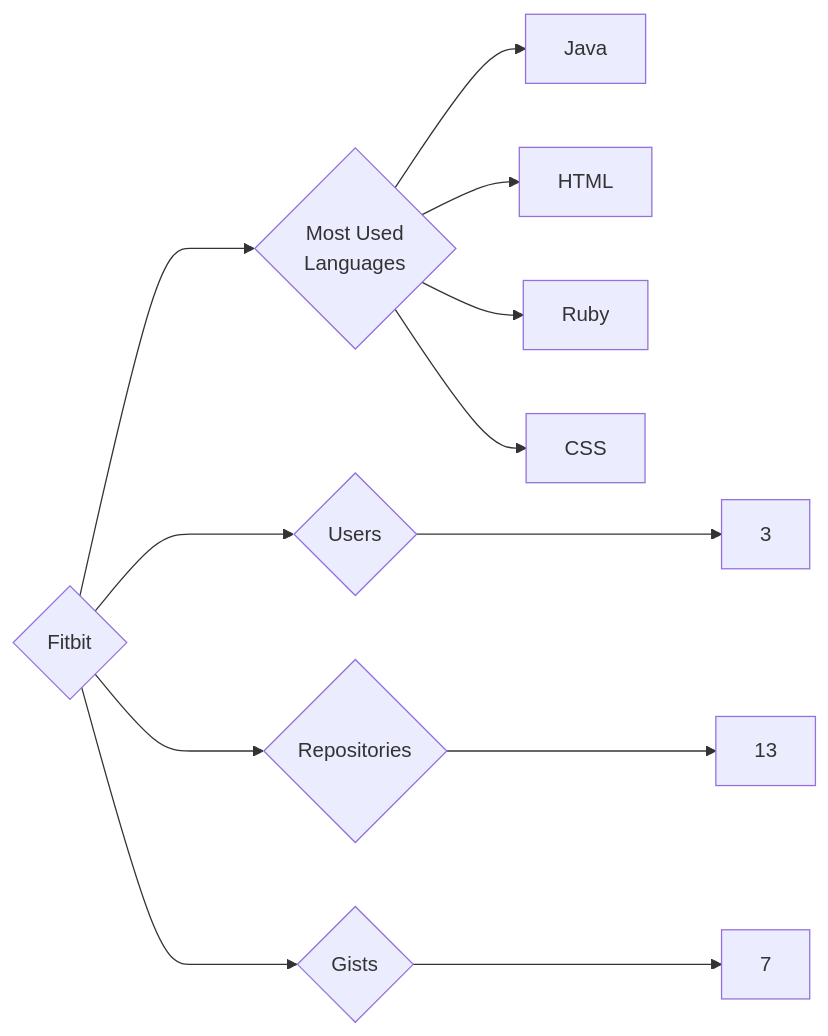
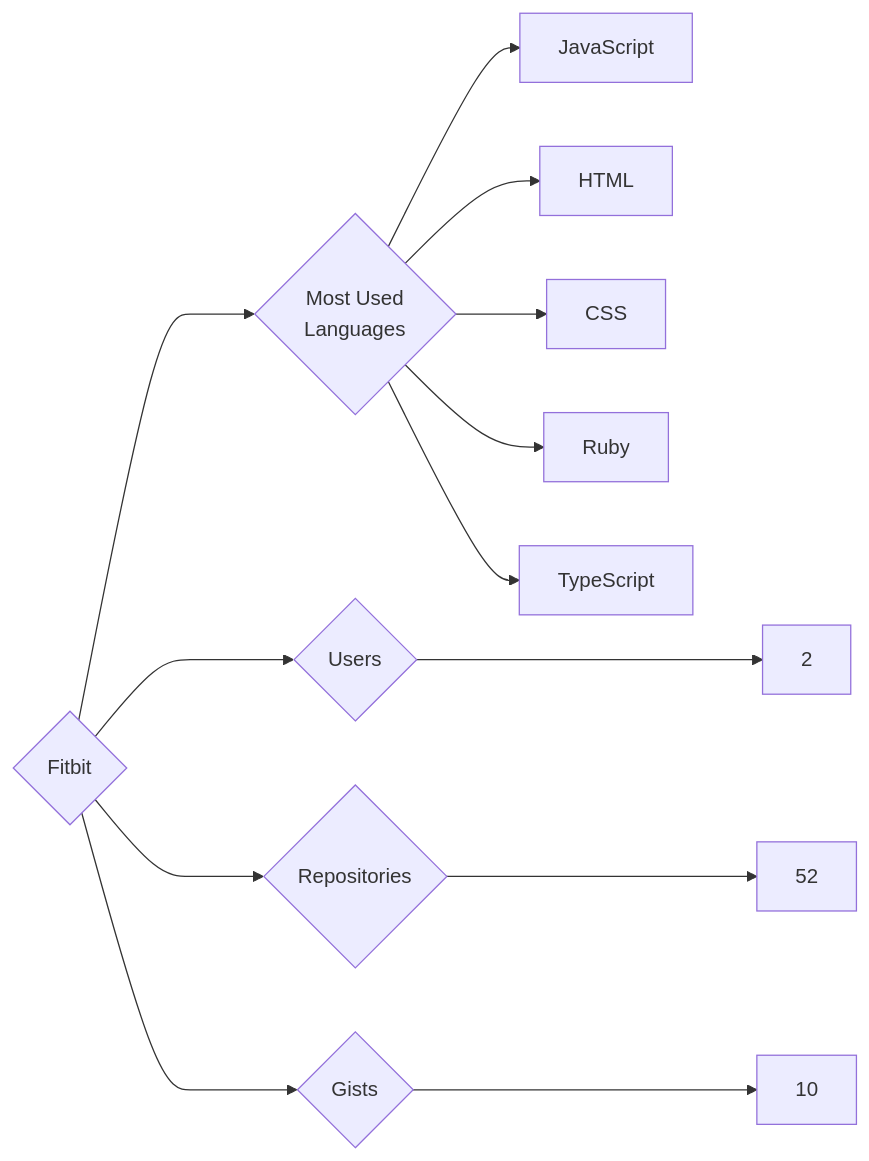
Before and after one commit to trickest/insiders: the diagram in targets/Fitbit/README.md, drawn with Mermaid. The commit also changed 1003 other files, not shown here.

````diff
--- a/targets/Fitbit/README.md
+++ b/targets/Fitbit/README.md
@@ -3,12 +3,13 @@
 ```mermaid
 graph LR
 COMPANY_NAME{Fitbit}
-COMPANY_NAME ---> U{Users} ---> UN[3]
-COMPANY_NAME ---> R{Repositories} ---> RN[13]
-COMPANY_NAME ---> G{Gists} ---> GN[7]
+COMPANY_NAME ---> U{Users} ---> UN[2]
+COMPANY_NAME ---> R{Repositories} ---> RN[52]
+COMPANY_NAME ---> G{Gists} ---> GN[10]
 COMPANY_NAME ---> ML{Most Used<br>Languages}
-ML --> Java[Java]
+ML --> JavaScript[JavaScript]
 ML --> HTML[HTML]
+ML --> CSS[CSS]
 ML --> Ruby[Ruby]
-ML --> CSS[CSS]
+ML --> TypeScript[TypeScript]
 ```
````
